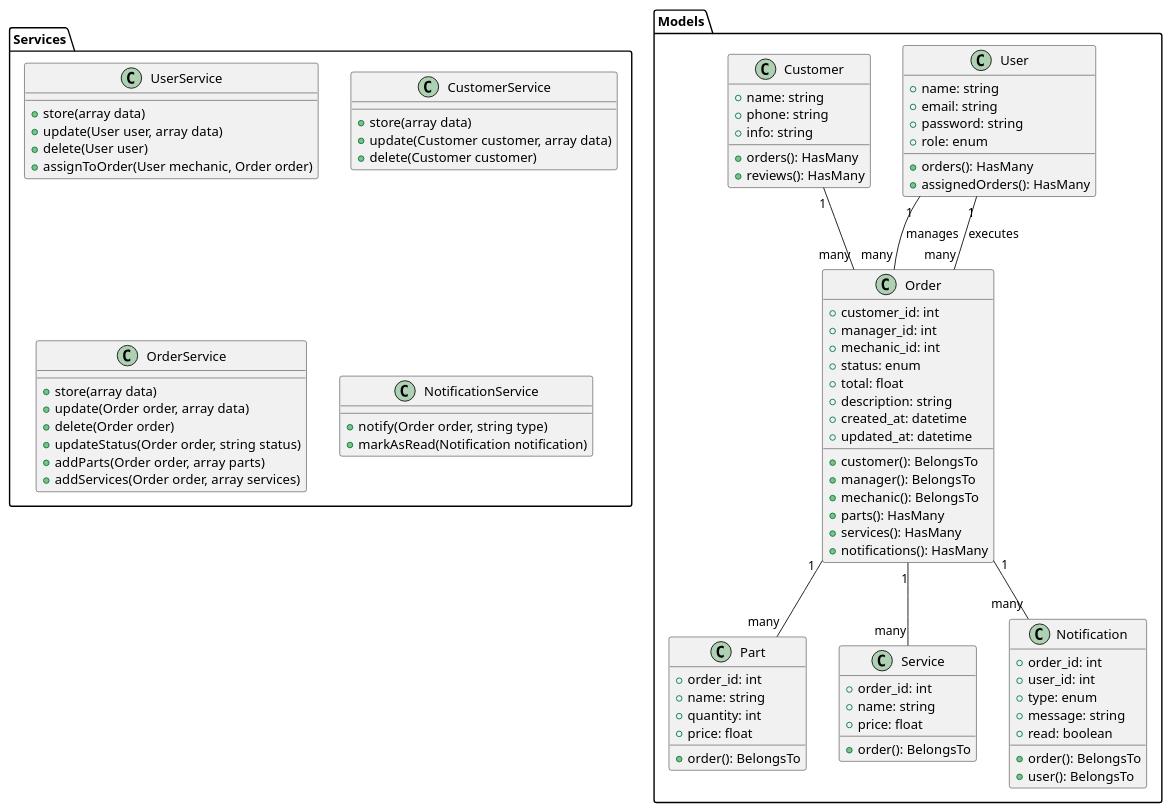
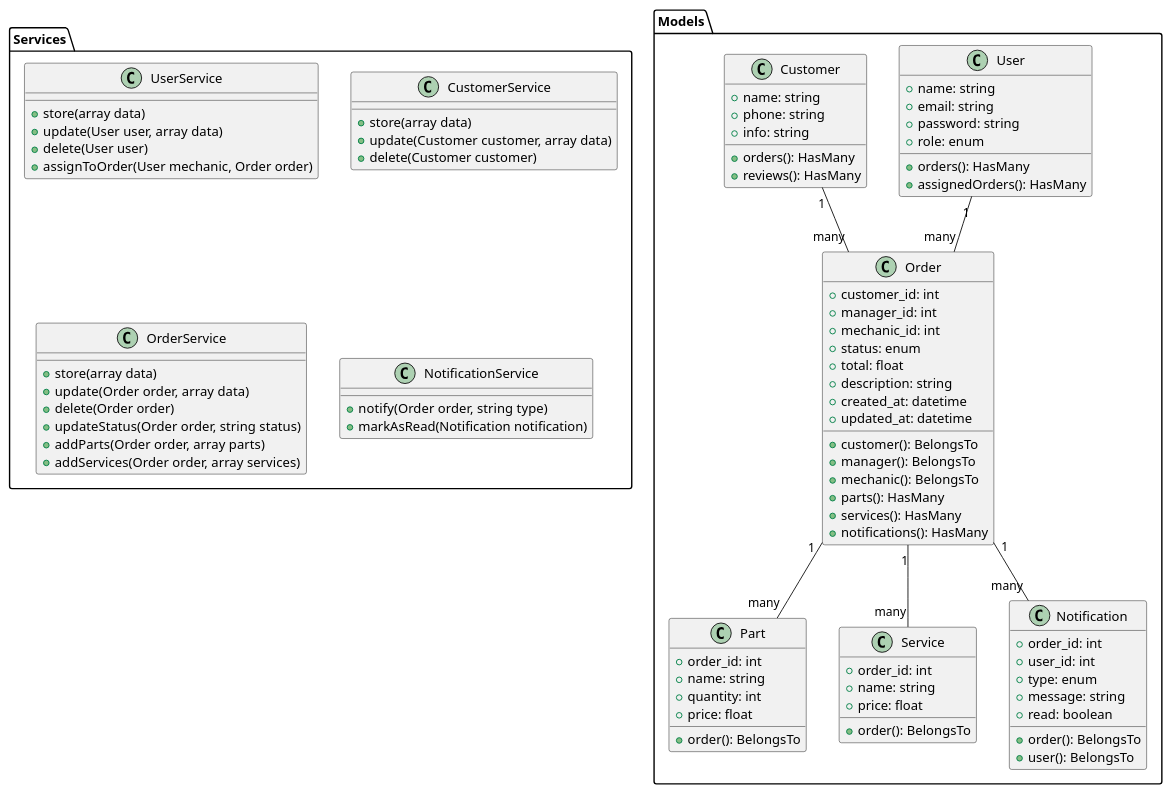
One commit to 9xxdpxx6/HandyFix changed the diagram in docs/plantuml/class.puml. Above: the diagram before and after it, drawn with PlantUML. The commit also changed 2 other files, not shown here.

```diff
--- a/docs/plantuml/class.puml
+++ b/docs/plantuml/class.puml
@@ -1,99 +1,98 @@
 @startuml Class_HandyFix
 package "Models" {
 	class User {
 		+name: string
 		+email: string
 		+password: string
 		+role: enum
 		+orders(): HasMany
 		+assignedOrders(): HasMany
 	}
 
 	class Customer {
 		+name: string
 		+phone: string
 		+info: string
 		+orders(): HasMany
 		+reviews(): HasMany
 	}
 
 	class Order {
 		+customer_id: int
 		+manager_id: int
 		+mechanic_id: int
 		+status: enum
 		+total: float
 		+description: string
 		+created_at: datetime
 		+updated_at: datetime
 		+customer(): BelongsTo
 		+manager(): BelongsTo
 		+mechanic(): BelongsTo
 		+parts(): HasMany
 		+services(): HasMany
 		+notifications(): HasMany
 	}
 
 	class Part {
 		+order_id: int
 		+name: string
 		+quantity: int
 		+price: float
 		+order(): BelongsTo
 	}
 
 	class Service {
 		+order_id: int
 		+name: string
 		+price: float
 		+order(): BelongsTo
 	}
 
 	class Notification {
 		+order_id: int
 		+user_id: int
 		+type: enum
 		+message: string
 		+read: boolean
 		+order(): BelongsTo
 		+user(): BelongsTo
 	}
 }
 
 package "Services" {
 	class UserService {
 		+store(array data)
 		+update(User user, array data)
 		+delete(User user)
 		+assignToOrder(User mechanic, Order order)
 	}
 
 	class CustomerService {
 		+store(array data)
 		+update(Customer customer, array data)
 		+delete(Customer customer)
 	}
 
 	class OrderService {
 		+store(array data)
 		+update(Order order, array data)
 		+delete(Order order)
 		+updateStatus(Order order, string status)
 		+addParts(Order order, array parts)
 		+addServices(Order order, array services)
 	}
 
 	class NotificationService {
 		+notify(Order order, string type)
 		+markAsRead(Notification notification)
 	}
 }
 
 Customer "1" -- "many" Order
-User "1" -- "many" Order : manages
-User "1" -- "many" Order : executes
+User "1" -- "many" Order
 Order "1" -- "many" Part
 Order "1" -- "many" Service
 Order "1" -- "many" Notification
 
 @enduml
```
